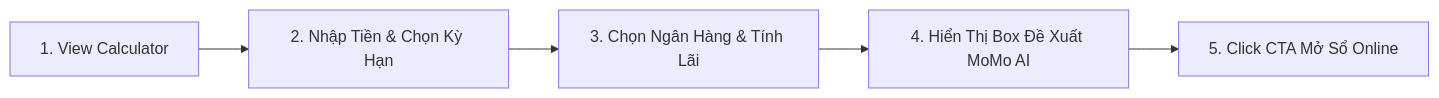
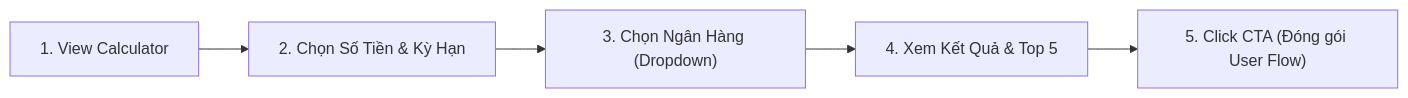
Before and after one commit to vanhien26/hienho-knowledgebase: diagram 11 of 13 in umami_utility_tracking.md, drawn with Mermaid. The commit also changed other lines of this file and 92 other files, not shown here.

````diff
--- a/umami_utility_tracking.md
+++ b/umami_utility_tracking.md
@@ -448,7 +447,7 @@
 ```mermaid
 graph LR
-    Step1["1. View Calculator"] --> Step2["2. Nhập Tiền & Chọn Kỳ Hạn"]
-    Step2 --> Step3["3. Chọn Ngân Hàng & Tính Lãi"]
-    Step3 --> Step4["4. Hiển Thị Box Đề Xuất MoMo AI"]
-    Step4 --> Step5["5. Click CTA Mở Sổ Online"]
+    Step1["1. View Calculator"] --> Step2["2. Chọn Số Tiền & Kỳ Hạn"]
+    Step2 --> Step3["3. Chọn Ngân Hàng (Dropdown)"]
+    Step3 --> Step4["4. Xem Kết Quả & Top 5"]
+    Step4 --> Step5["5. Click CTA (Đóng gói User Flow)"]
 ```
````
